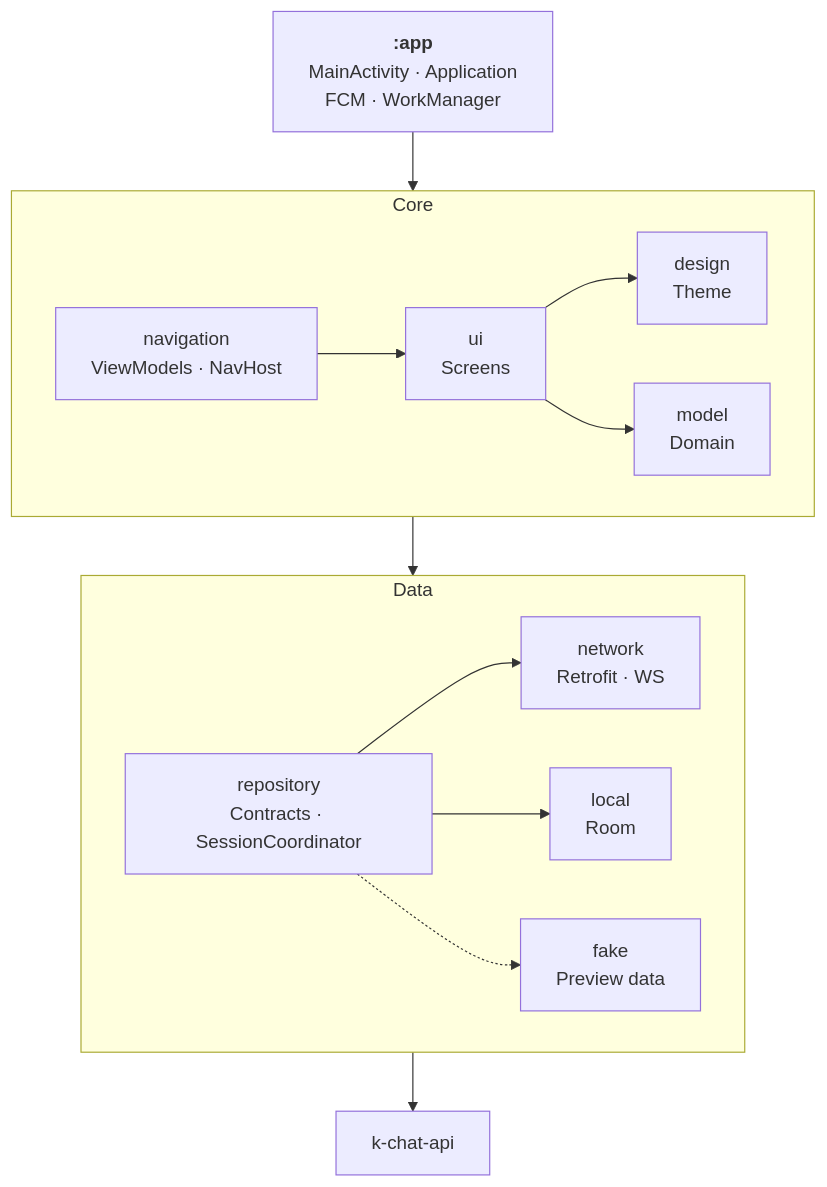
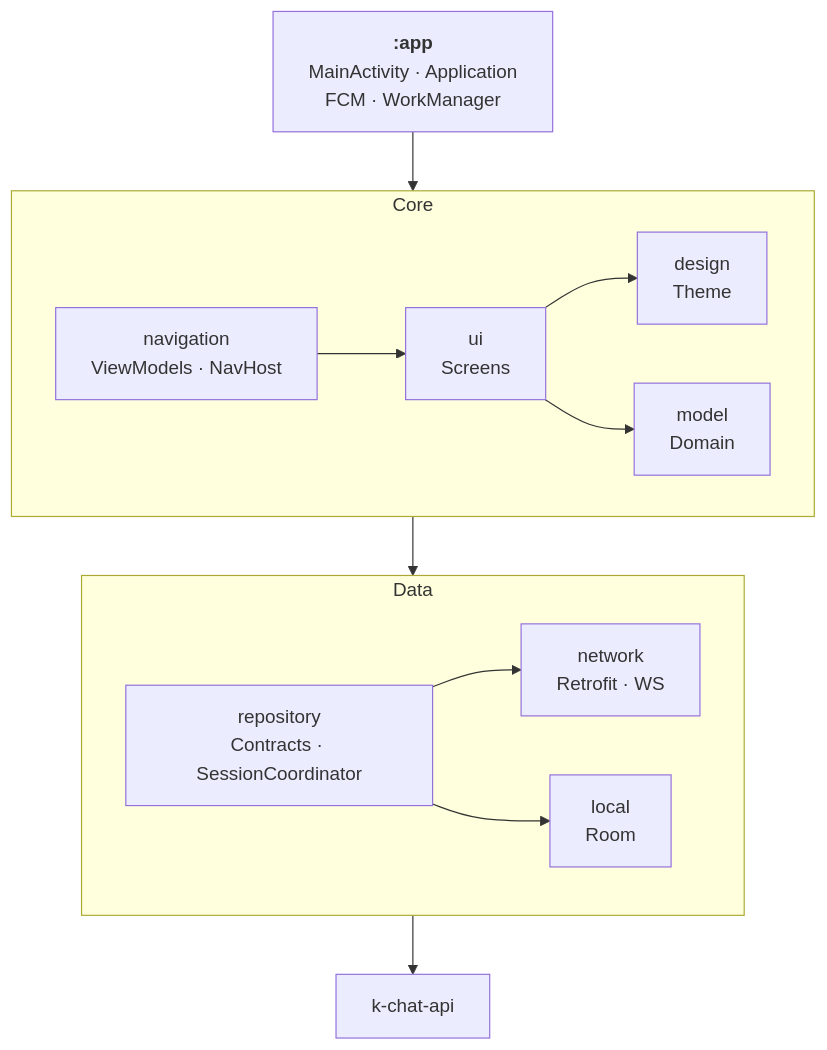
The second of 8 diagrams in README.md (luongquoctay87/kchat-android), drawn with Mermaid before and after one commit. The commit also changed other lines of this file and 53 other files, not shown here.

````diff
--- a/README.md
+++ b/README.md
@@ -60,29 +60,27 @@
 ```mermaid
 flowchart TB
     APP["<b>:app</b><br/>MainActivity · Application<br/>FCM · WorkManager"]
 
     subgraph core["Core"]
         direction LR
         DESIGN["design<br/>Theme"]
         MODEL["model<br/>Domain"]
         UI["ui<br/>Screens"]
         NAV["navigation<br/>ViewModels · NavHost"]
     end
 
     subgraph data["Data"]
         direction LR
         REPO["repository<br/>Contracts · SessionCoordinator"]
         NET["network<br/>Retrofit · WS"]
         LOCAL["local<br/>Room"]
-        FAKE["fake<br/>Preview data"]
     end
 
     API["k-chat-api"]
 
     APP --> NAV
     NAV --> UI & REPO
     UI --> DESIGN & MODEL
     REPO --> NET & LOCAL
-    REPO -.-> FAKE
     NET --> API
 ```
````
